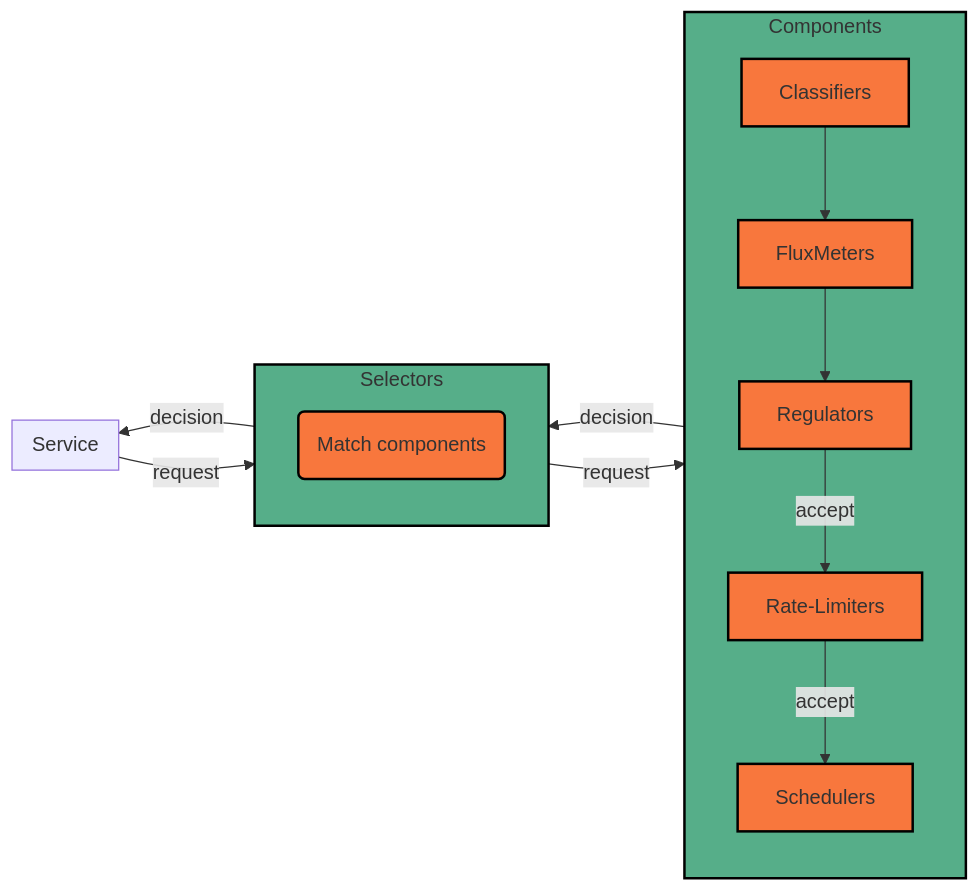
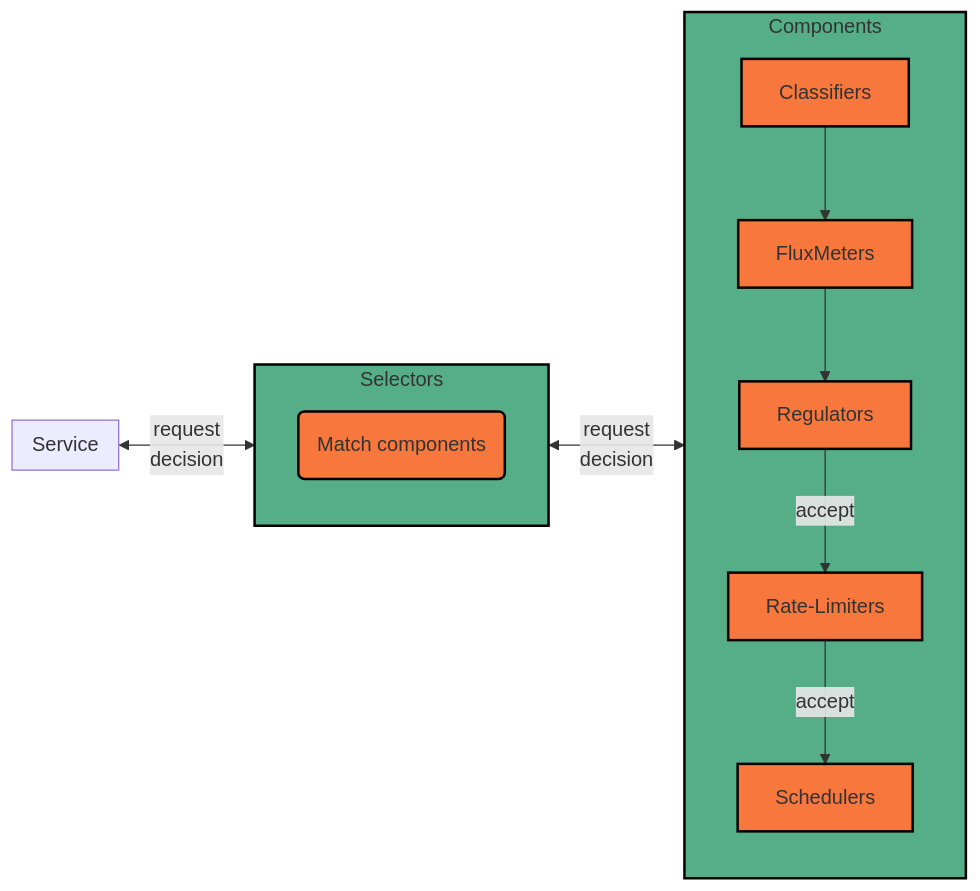
Before and after one commit to fluxninja/aperture: the diagram in docs/content/concepts/assets/gen/service/flow-lifecycle.mmd, drawn with Mermaid. The commit also changed other lines of this file and 7 other files, not shown here.

First line of the commit message:
Rework concepts diagrams

```diff
--- a/docs/content/concepts/assets/gen/service/flow-lifecycle.mmd
+++ b/docs/content/concepts/assets/gen/service/flow-lifecycle.mmd
@@ -1,29 +1,27 @@
-flowchart RL
+flowchart LR
 classDef Green fill:#56AE89,stroke:#000000,stroke-width:2px;
 classDef Orange fill:#F8773D,stroke:#000000,stroke-width:2px;
 
 subgraph "Service"
 end
 class Service Green
 
-Service --"request"--> Selectors
+Service <-- "request\n decision" --> Selectors
+Selectors <-- "request\n decision" --> Components
 
 subgraph "Selectors"
 	Text("Match components")
 	class Text Orange
 end
 class Selectors Green
-Selectors --"request"--> Components
-Selectors --"decision"--> Service
+
 
 subgraph Components
     Classifiers --> FluxMeters --> Regulators--"accept"--> Rate-Limiters --"accept"--> Schedulers
 class Classifiers Orange
 class FluxMeters Orange
 class Regulators Orange
 class Rate-Limiters Orange
 class Schedulers Orange
 end
 class Components Green
-
-Components --"decision"--> Selectors
```
